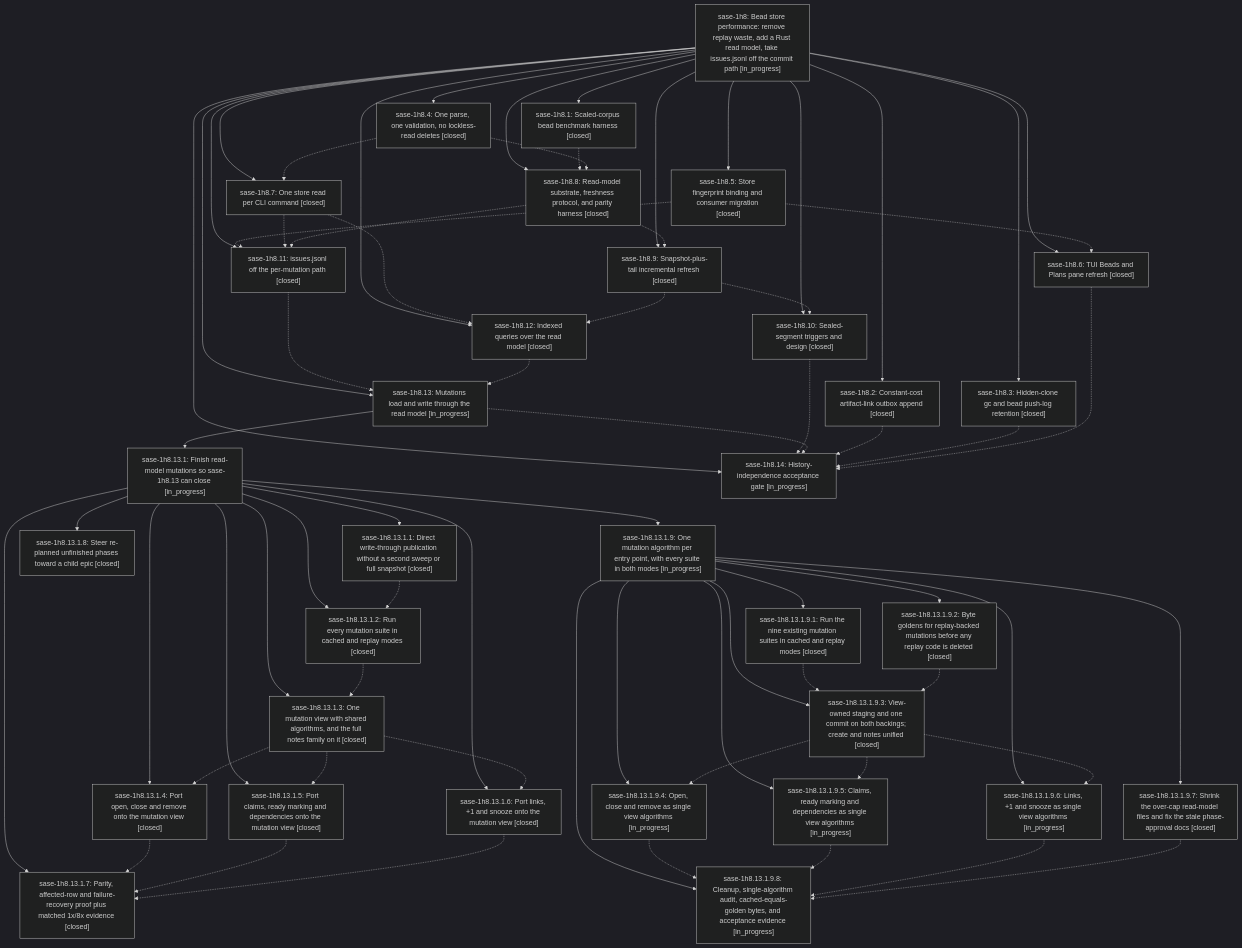
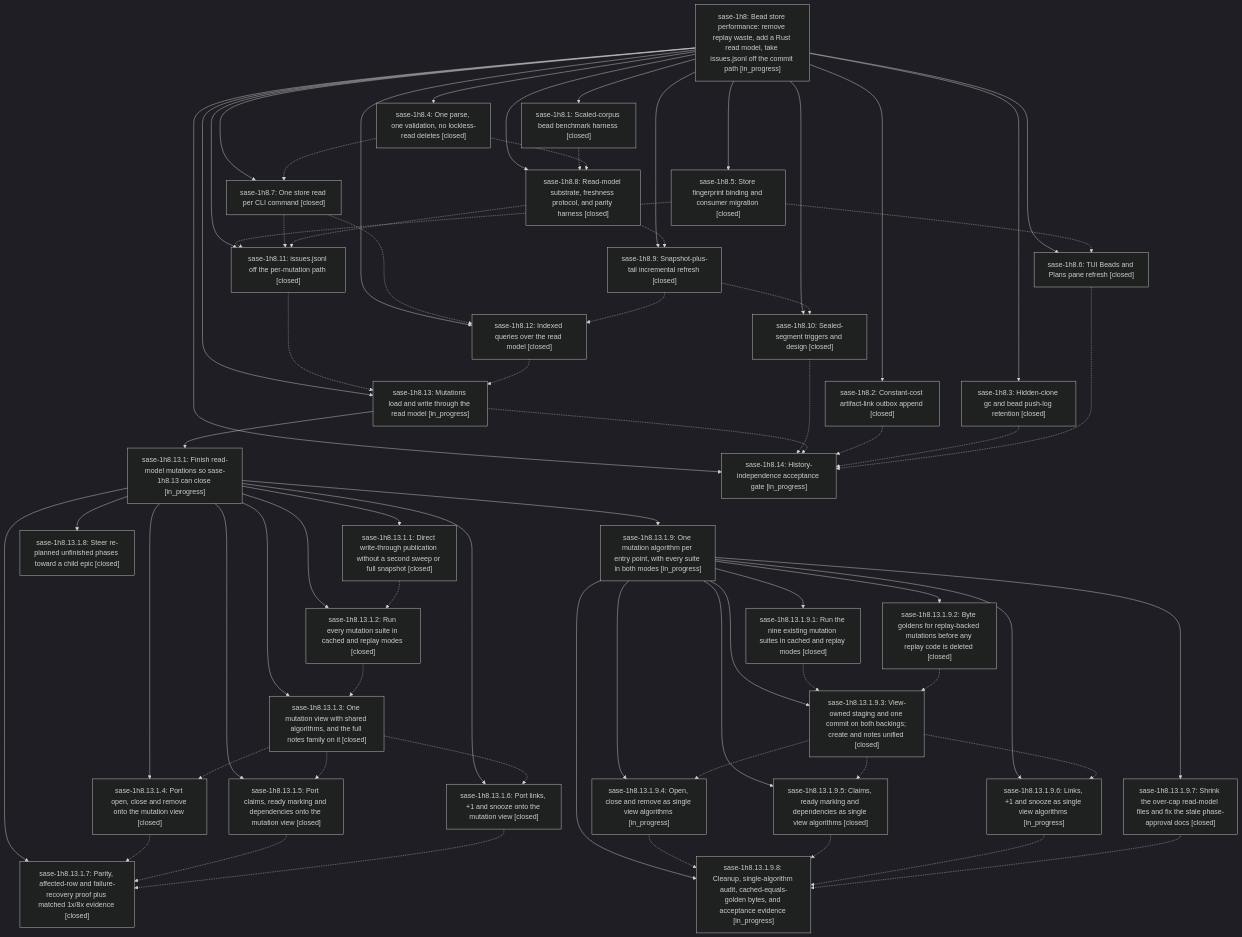
Before and after one commit to sase-org/sase--beads: the diagram in pages/sase-1h8/README.md, drawn with Mermaid (dark theme). The commit also changed other lines of this file and 5 other files, not shown here.

```diff
--- a/pages/sase-1h8/README.md
+++ b/pages/sase-1h8/README.md
@@ -82,7 +82,7 @@
     n17["sase-1h8.13.1.9.2: Byte goldens for replay-backed mutations before any replay code is deleted [closed]"]
     n18["sase-1h8.13.1.9.3: View-owned staging and one commit on both backings; create and notes unified [closed]"]
     n19["sase-1h8.13.1.9.4: Open, close and remove as single view algorithms [in_progress]"]
-    n20["sase-1h8.13.1.9.5: Claims, ready marking and dependencies as single view algorithms [in_progress]"]
+    n20["sase-1h8.13.1.9.5: Claims, ready marking and dependencies as single view algorithms [closed]"]
     n21["sase-1h8.13.1.9.6: Links, +1 and snooze as single view algorithms [in_progress]"]
     n22["sase-1h8.13.1.9.7: Shrink the over-cap read-model files and fix the stale phase-approval docs [closed]"]
     n23["sase-1h8.13.1.9.8: Cleanup, single-algorithm audit, cached-equals-golden bytes, and acceptance evidence [in_progress]"]
```
